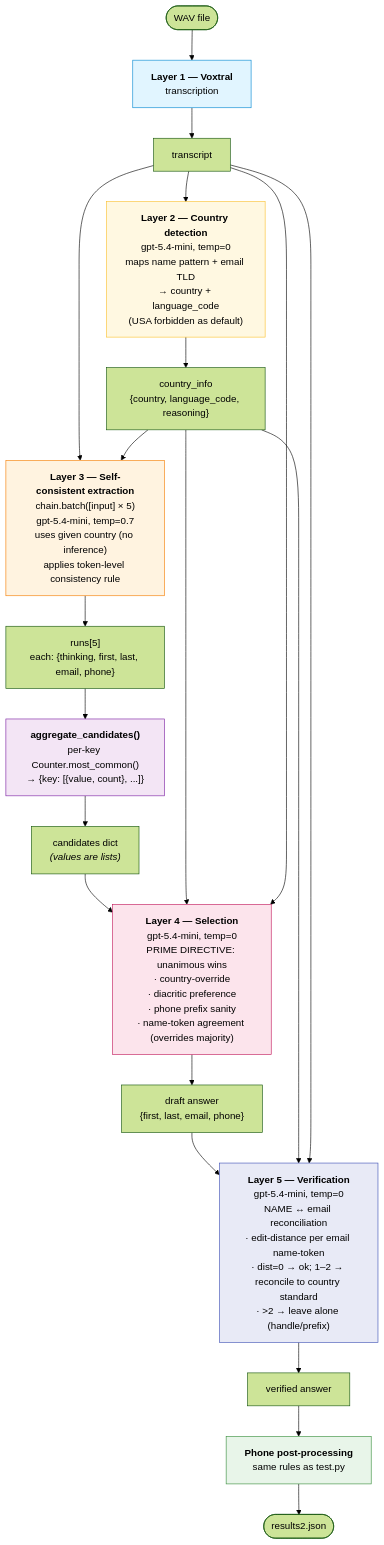
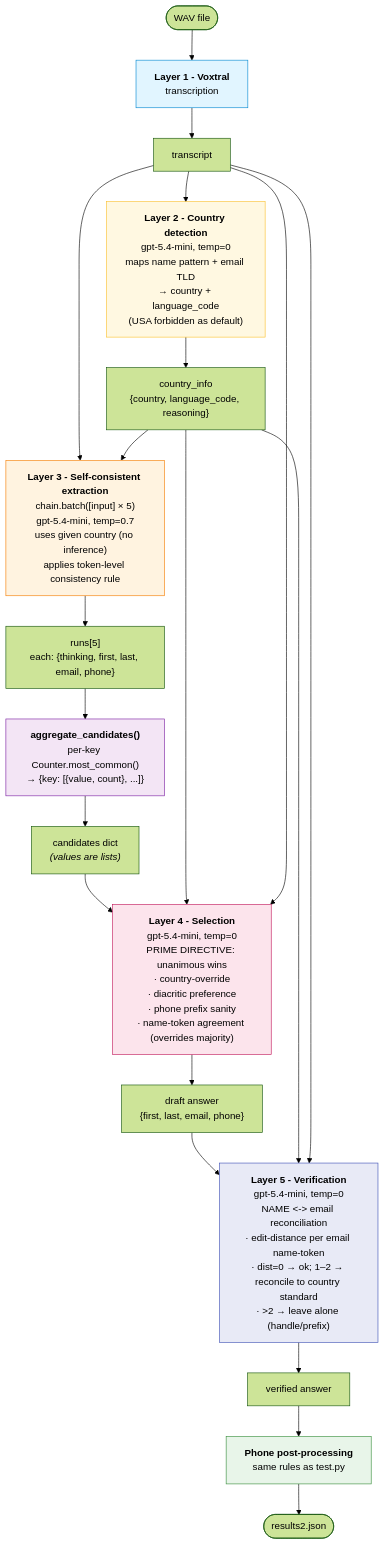
The second of 2 diagrams in architecture.md (melih-unsal/phone_challange), drawn with Mermaid (forest theme) before and after one commit. The commit also changed other lines of this file and 18 other files, not shown here.

````diff
--- a/architecture.md
+++ b/architecture.md
@@ -29,36 +29,36 @@
 ```mermaid
 flowchart TD
-    A([WAV file]) --> L1["<b>Layer 1 — Voxtral</b><br/>transcription"]
+    A([WAV file]) --> L1["<b>Layer 1 - Voxtral</b><br/>transcription"]
     L1 --> T["transcript"]
 
-    T --> L2["<b>Layer 2 — Country detection</b><br/>gpt-5.4-mini, temp=0<br/>maps name pattern + email TLD<br/>→ country + language_code<br/>(USA forbidden as default)"]
+    T --> L2["<b>Layer 2 - Country detection</b><br/>gpt-5.4-mini, temp=0<br/>maps name pattern + email TLD<br/>→ country + language_code<br/>(USA forbidden as default)"]
     L2 --> CI["country_info<br/>{country, language_code, reasoning}"]
 
     T --> L3
-    CI --> L3["<b>Layer 3 — Self-consistent extraction</b><br/>chain.batch([input] × 5)<br/>gpt-5.4-mini, temp=0.7<br/>uses given country (no inference)<br/>applies token-level consistency rule"]
+    CI --> L3["<b>Layer 3 - Self-consistent extraction</b><br/>chain.batch([input] × 5)<br/>gpt-5.4-mini, temp=0.7<br/>uses given country (no inference)<br/>applies token-level consistency rule"]
     L3 --> RUNS["runs[5]<br/>each: {thinking, first, last, email, phone}"]
 
     RUNS --> AGG["<b>aggregate_candidates()</b><br/>per-key Counter.most_common()<br/>→ {key: [{value, count}, ...]}"]
     AGG --> CAND["candidates dict<br/><i>(values are lists)</i>"]
 
     CAND --> L4
     CI --> L4
-    T --> L4["<b>Layer 4 — Selection</b><br/>gpt-5.4-mini, temp=0<br/>PRIME DIRECTIVE: unanimous wins<br/>· country-override<br/>· diacritic preference<br/>· phone prefix sanity<br/>· name-token agreement (overrides majority)"]
+    T --> L4["<b>Layer 4 - Selection</b><br/>gpt-5.4-mini, temp=0<br/>PRIME DIRECTIVE: unanimous wins<br/>· country-override<br/>· diacritic preference<br/>· phone prefix sanity<br/>· name-token agreement (overrides majority)"]
     L4 --> DRAFT["draft answer<br/>{first, last, email, phone}"]
 
     DRAFT --> L5
     CI --> L5
-    T --> L5["<b>Layer 5 — Verification</b><br/>gpt-5.4-mini, temp=0<br/>NAME ↔ email reconciliation<br/>· edit-distance per email name-token<br/>· dist=0 → ok; 1–2 → reconcile to country standard<br/>· >2 → leave alone (handle/prefix)"]
+    T --> L5["<b>Layer 5 - Verification</b><br/>gpt-5.4-mini, temp=0<br/>NAME <-> email reconciliation<br/>· edit-distance per email name-token<br/>· dist=0 → ok; 1–2 → reconcile to country standard<br/>· >2 → leave alone (handle/prefix)"]
     L5 --> VER["verified answer"]
 
     VER --> P["<b>Phone post-processing</b><br/>same rules as test.py"]
     P --> O([results2.json])
 
     style L1 fill:#e1f5ff,stroke:#0288d1
     style L2 fill:#fff8e1,stroke:#fbc02d
     style L3 fill:#fff3e0,stroke:#f57c00
     style AGG fill:#f3e5f5,stroke:#7b1fa2
     style L4 fill:#fce4ec,stroke:#c2185b
     style L5 fill:#e8eaf6,stroke:#3f51b5
     style P fill:#e8f5e9,stroke:#388e3c
 ```
````
